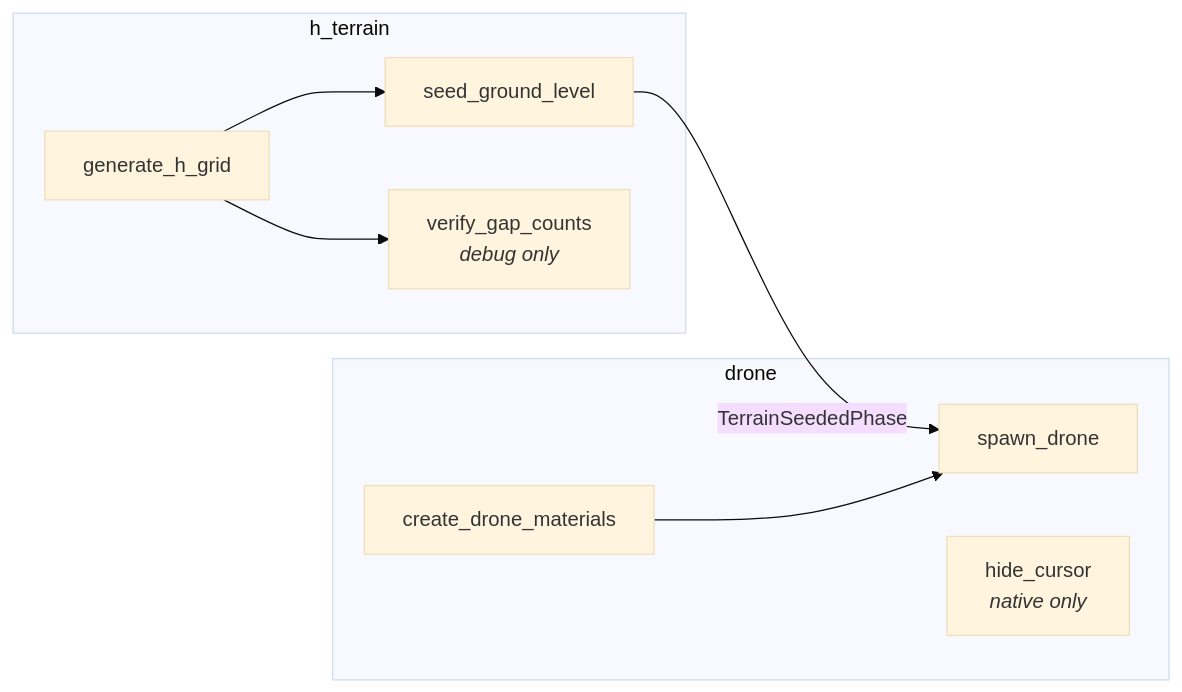
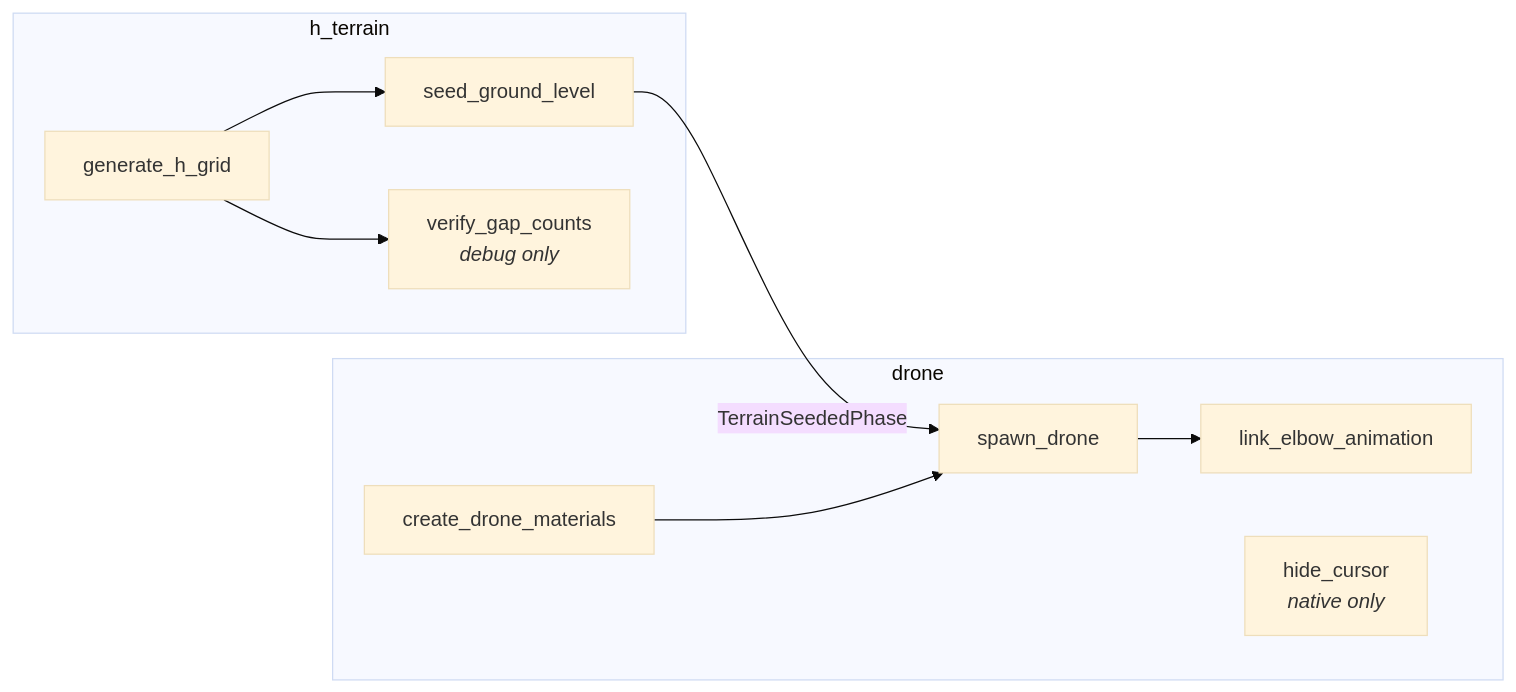
The first of 3 diagrams in README.md (dynnamitt/hex-terrain), drawn with Mermaid (base theme) before and after one commit. The commit also changed other lines of this file and 1 other file, not shown here.

First line of the commit message:
Update README: SVG preview image, fix mermaid charts

````diff
--- a/README.md
+++ b/README.md
@@ -20,19 +11,21 @@
 ```mermaid
 graph LR
     generate_h_grid --> seed_ground_level
     generate_h_grid --> verify_gap_counts
     seed_ground_level -- TerrainSeededPhase --> spawn_drone
     create_drone_materials --> spawn_drone
+    spawn_drone --> link_elbow_animation
 
     subgraph h_terrain
         generate_h_grid
         seed_ground_level
         verify_gap_counts[verify_gap_counts<br/><i>debug only</i>]
     end
 
     subgraph drone
         create_drone_materials
         spawn_drone
+        link_elbow_animation
         hide_cursor[hide_cursor<br/><i>native only</i>]
     end
 ```
````
